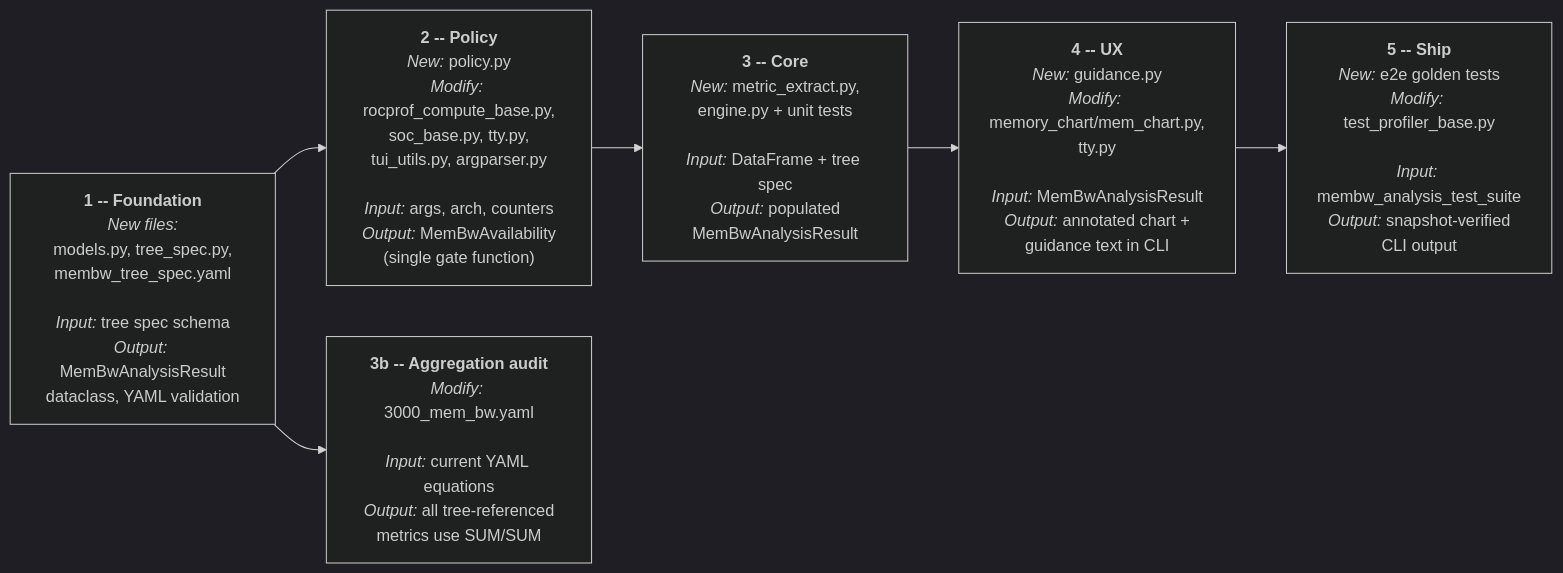
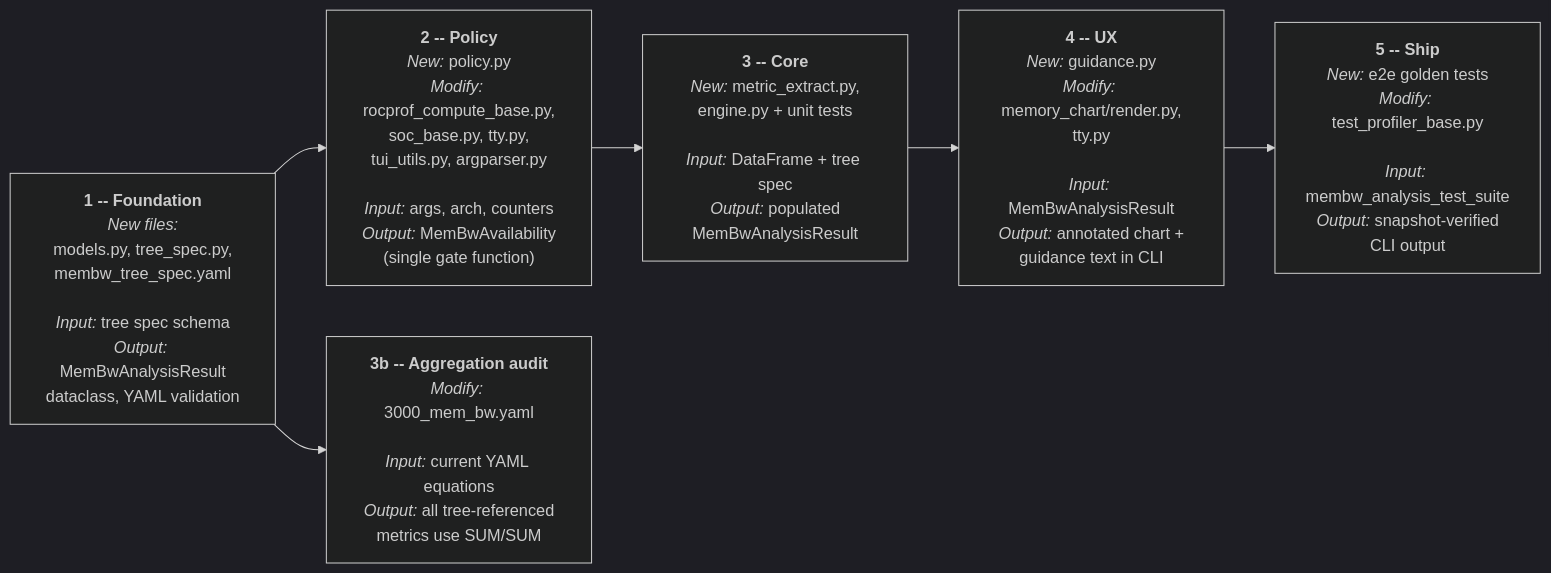
Before and after one commit to ROCm/rocm-systems: the third of 3 diagrams in projects/rocprofiler-compute/docs/design/hld-membw-guided-analysis-in-memchart.md, drawn with Mermaid (dark theme). The commit also changed other lines of this file and 8 other files, not shown here.

First line of the commit message:
refactor(rocprofiler-compute): rename mem_chart.py to render.py

````diff
--- a/projects/rocprofiler-compute/docs/design/hld-membw-guided-analysis-in-memchart.md
+++ b/projects/rocprofiler-compute/docs/design/hld-membw-guided-analysis-in-memchart.md
@@ -286,20 +286,20 @@
 ```mermaid
 flowchart LR
     P1["<b>1 -- Foundation</b><br/><i>New files:</i><br/>models.py, tree_spec.py,<br/>membw_tree_spec.yaml<br/><br/><i>Input:</i> tree spec schema<br/><i>Output:</i> MemBwAnalysisResult<br/>dataclass, YAML validation"]
 
     P2["<b>2 -- Policy</b><br/><i>New:</i> policy.py<br/><i>Modify:</i> rocprof_compute_base.py,<br/>soc_base.py, tty.py,<br/>tui_utils.py, argparser.py<br/><br/><i>Input:</i> args, arch, counters<br/><i>Output:</i> MemBwAvailability<br/>(single gate function)"]
 
     P3["<b>3 -- Core</b><br/><i>New:</i> metric_extract.py,<br/>engine.py + unit tests<br/><br/><i>Input:</i> DataFrame + tree spec<br/><i>Output:</i> populated<br/>MemBwAnalysisResult"]
 
     P3b["<b>3b -- Aggregation audit</b><br/><i>Modify:</i> 3000_mem_bw.yaml<br/><br/><i>Input:</i> current YAML equations<br/><i>Output:</i> all tree-referenced<br/>metrics use SUM/SUM"]
 
-    P4["<b>4 -- UX</b><br/><i>New:</i> guidance.py<br/><i>Modify:</i> memory_chart/mem_chart.py,<br/>tty.py<br/><br/><i>Input:</i> MemBwAnalysisResult<br/><i>Output:</i> annotated chart +<br/>guidance text in CLI"]
+    P4["<b>4 -- UX</b><br/><i>New:</i> guidance.py<br/><i>Modify:</i> memory_chart/render.py,<br/>tty.py<br/><br/><i>Input:</i> MemBwAnalysisResult<br/><i>Output:</i> annotated chart +<br/>guidance text in CLI"]
 
     P5["<b>5 -- Ship</b><br/><i>New:</i> e2e golden tests<br/><i>Modify:</i> test_profiler_base.py<br/><br/><i>Input:</i> membw_analysis_test_suite<br/><i>Output:</i> snapshot-verified<br/>CLI output"]
 
     P1 --> P2
     P1 --> P3b
     P2 --> P3
     P3 --> P4
     P4 --> P5
 ```
````
